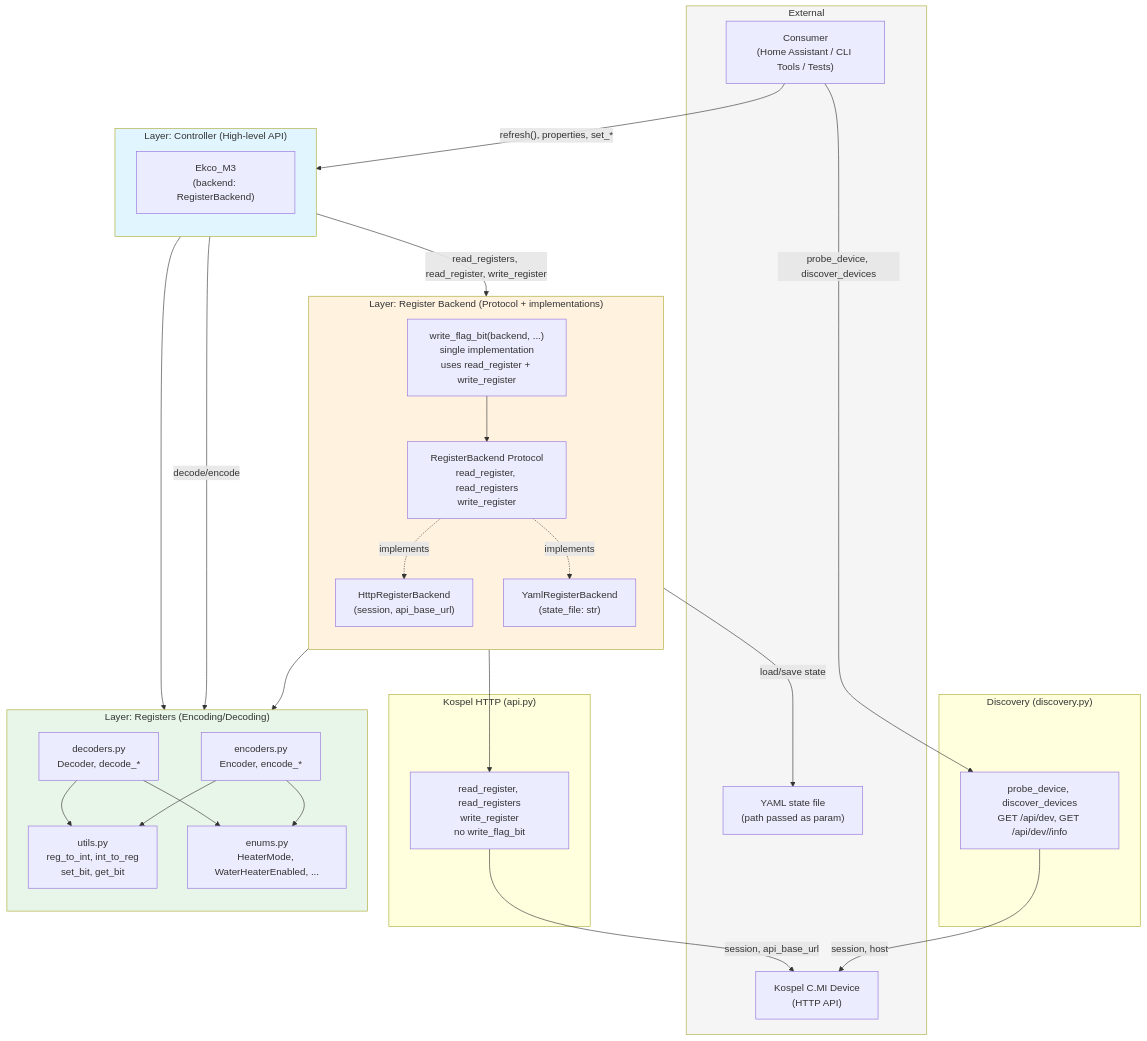
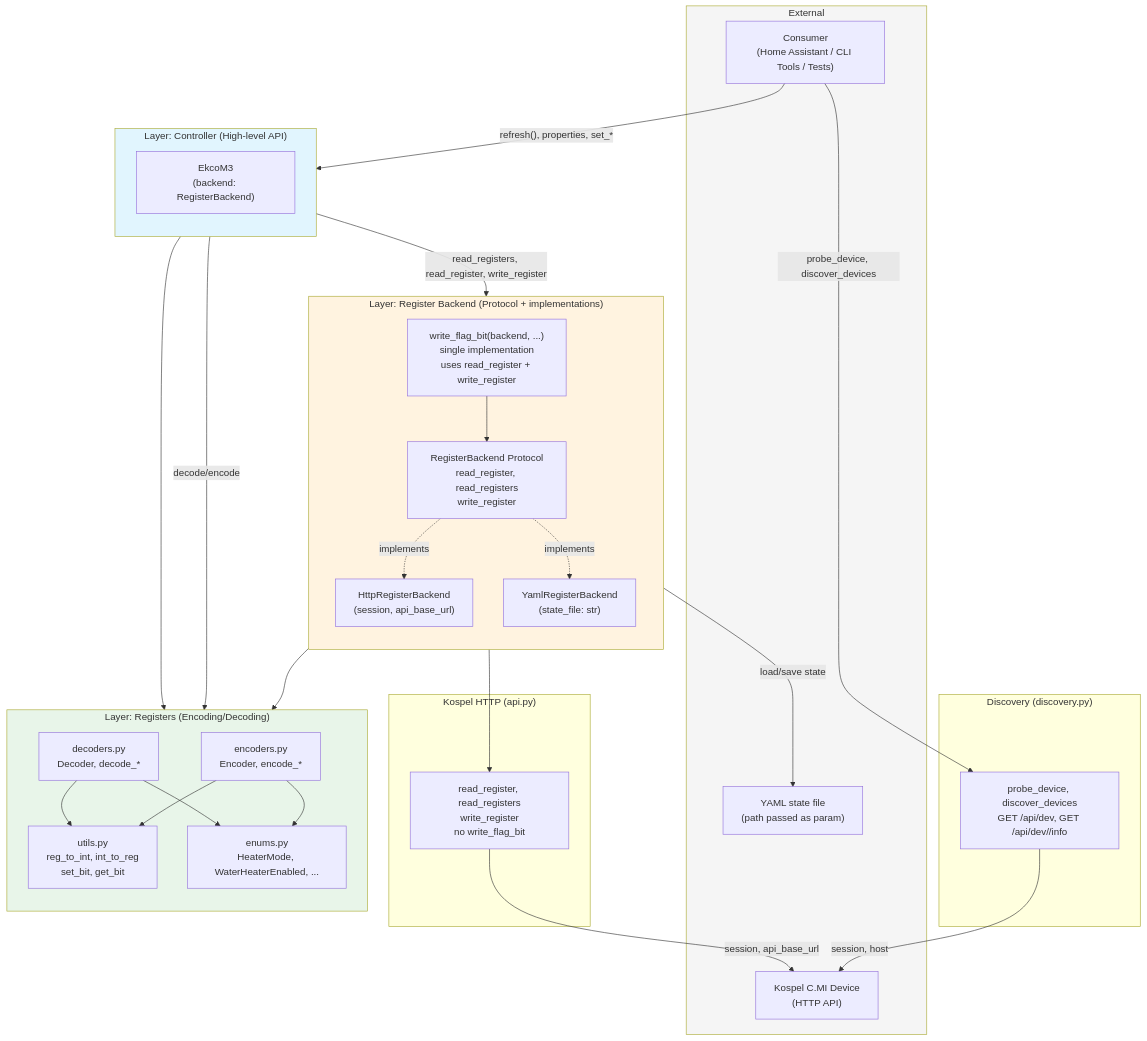
The first of 2 diagrams in docs/architecture.md (JanKrl/kospel-cmi-lib), drawn with Mermaid before and after one commit. The commit also changed other lines of this file and 18 other files, not shown here.

````diff
--- a/docs/architecture.md
+++ b/docs/architecture.md
@@ -11,60 +11,60 @@
 ```mermaid
 flowchart TB
     subgraph External["External"]
         Consumer["Consumer\n(Home Assistant / CLI Tools / Tests)"]
         Device["Kospel C.MI Device\n(HTTP API)"]
         YamlFile["YAML state file\n(path passed as param)"]
     end
 
     subgraph Controller["Layer: Controller (High-level API)"]
         direction TB
-        HC["Ekco_M3\n(backend: RegisterBackend)"]
+        HC["EkcoM3\n(backend: RegisterBackend)"]
     end
 
     subgraph BackendLayer["Layer: Register Backend (Protocol + implementations)"]
         direction TB
         Protocol["RegisterBackend Protocol\nread_register, read_registers\nwrite_register"]
         HttpBackend["HttpRegisterBackend\n(session, api_base_url)"]
         YamlBackend["YamlRegisterBackend\n(state_file: str)"]
         WriteFlagBit["write_flag_bit(backend, ...)\nsingle implementation\nuses read_register + write_register"]
         Protocol -.->|implements| HttpBackend
         Protocol -.->|implements| YamlBackend
         WriteFlagBit --> Protocol
     end
 
     subgraph KospelHTTP["Kospel HTTP (api.py)"]
         API["read_register, read_registers\nwrite_register\nno write_flag_bit"]
     end
 
     subgraph DiscoveryMod["Discovery (discovery.py)"]
         Discovery["probe_device, discover_devices\nGET /api/dev, GET /api/dev/<id>/info"]
     end
 
     subgraph Registers["Layer: Registers (Encoding/Decoding)"]
         direction TB
         Dec["decoders.py\nDecoder, decode_*"]
         Enc["encoders.py\nEncoder, encode_*"]
         Utils["utils.py\nreg_to_int, int_to_reg\nset_bit, get_bit"]
         Enums["enums.py\nHeaterMode, WaterHeaterEnabled, ..."]
         Dec --> Utils
         Dec --> Enums
         Enc --> Utils
         Enc --> Enums
     end
 
     Consumer -->|"refresh(), properties, set_*"| HC
     Consumer -->|"probe_device, discover_devices"| Discovery
     Discovery -->|"session, host"| Device
     HC -->|"decode/encode"| Dec
     HC --> Enc
     HC -->|"read_registers, read_register, write_register"| Protocol
     HttpBackend --> API
     API -->|"session, api_base_url"| Device
     YamlBackend -->|"load/save state"| YamlFile
     WriteFlagBit --> Utils
 
     style Controller fill:#e1f5fe
     style BackendLayer fill:#fff3e0
     style Registers fill:#e8f5e9
     style External fill:#f5f5f5
 ```
````
